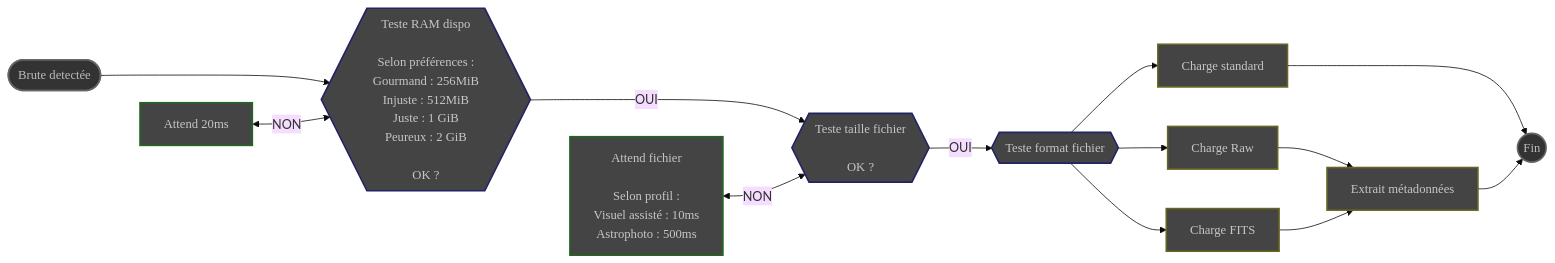
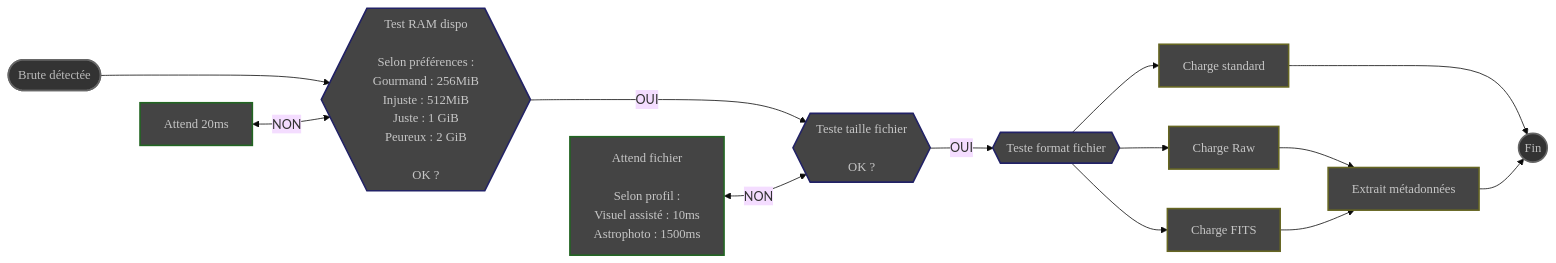
One commit to deufrai/als changed the diagram in website/content/fr/docs/v0.7/reference/modules/scanner.md. Above: the diagram before and after it, drawn with Mermaid (base theme). The commit also changed 5 other files, not shown here.

Commit message:
Fix scanner module mermaid labels

````diff
--- a/website/content/fr/docs/v0.7/reference/modules/scanner.md
+++ b/website/content/fr/docs/v0.7/reference/modules/scanner.md
@@ -59,53 +59,53 @@
 ```mermaid
 flowchart LR
-    START([Brute detectée])
+    START([Brute détectée])
     
-    WAIT_FILE[Attend fichier<br><br>Selon profil :<br>Visuel assisté : 10ms<br>Astrophoto : 500ms]    
+    WAIT_FILE[Attend fichier<br><br>Selon profil :<br>Visuel assisté : 10ms<br>Astrophoto : 1500ms]
     WAIT_RAM[Attend 20ms]
     
-    CHECK_RAM{{Teste RAM dispo<br><br>Selon préférences :<br>Gourmand : 256MiB<br>Injuste : 512MiB<br>Juste : 1 GiB<br>Peureux : 2 GiB<br><br>OK ?}}
+    CHECK_RAM{{Test RAM dispo<br><br>Selon préférences :<br>Gourmand : 256MiB<br>Injuste : 512MiB<br>Juste : 1 GiB<br>Peureux : 2 GiB<br><br>OK ?}}
     CHECK_SIZE{{Teste taille fichier<br><br>OK ?}}
     TEST_FORMAT{{Teste format fichier}}
     
     FITS[Charge FITS]
     STANDARD[Charge standard]
     RAW[Charge Raw]
     
     METADATA[Extrait métadonnées]
     
     END((Fin))
 
     START ---> CHECK_RAM
     WAIT_RAM <-->|NON| CHECK_RAM
 
     CHECK_RAM --->|OUI| CHECK_SIZE
     WAIT_FILE <-->|NON| CHECK_SIZE
     CHECK_SIZE -->|OUI| TEST_FORMAT
 
     TEST_FORMAT -->  FITS
     TEST_FORMAT -->  STANDARD
     TEST_FORMAT -->  RAW
 
     RAW --> METADATA
     FITS --> METADATA
 
     STANDARD ---> END
     METADATA --> END
 
     classDef bounds fill: #333, stroke: #666, stroke-width: 2px, color: #BBB, font-family: 'Poppins', sans-serif
     classDef step fill: #444, stroke: #662, stroke-width:2px, color: #c6c6c6, font-family: 'Poppins',sans-serif
     classDef wait  fill: #444, stroke: #262,stroke-width: 2px, color: #c6c6c6, font-family:'Poppins', sans-serif
     classDef test fill: #444, stroke: #226, stroke-width: 2px, color: #c6c6c6, font-family: 'Poppins', sans-serif
     
     class START bounds
     class WAIT_FILE wait
     class WAIT_RAM wait
     class CHECK_RAM test
     class CHECK_SIZE test
     class TEST_FORMAT test
     class FITS step
     class STANDARD step
     class RAW step
     class METADATA step
     class END bounds
 ```
````
